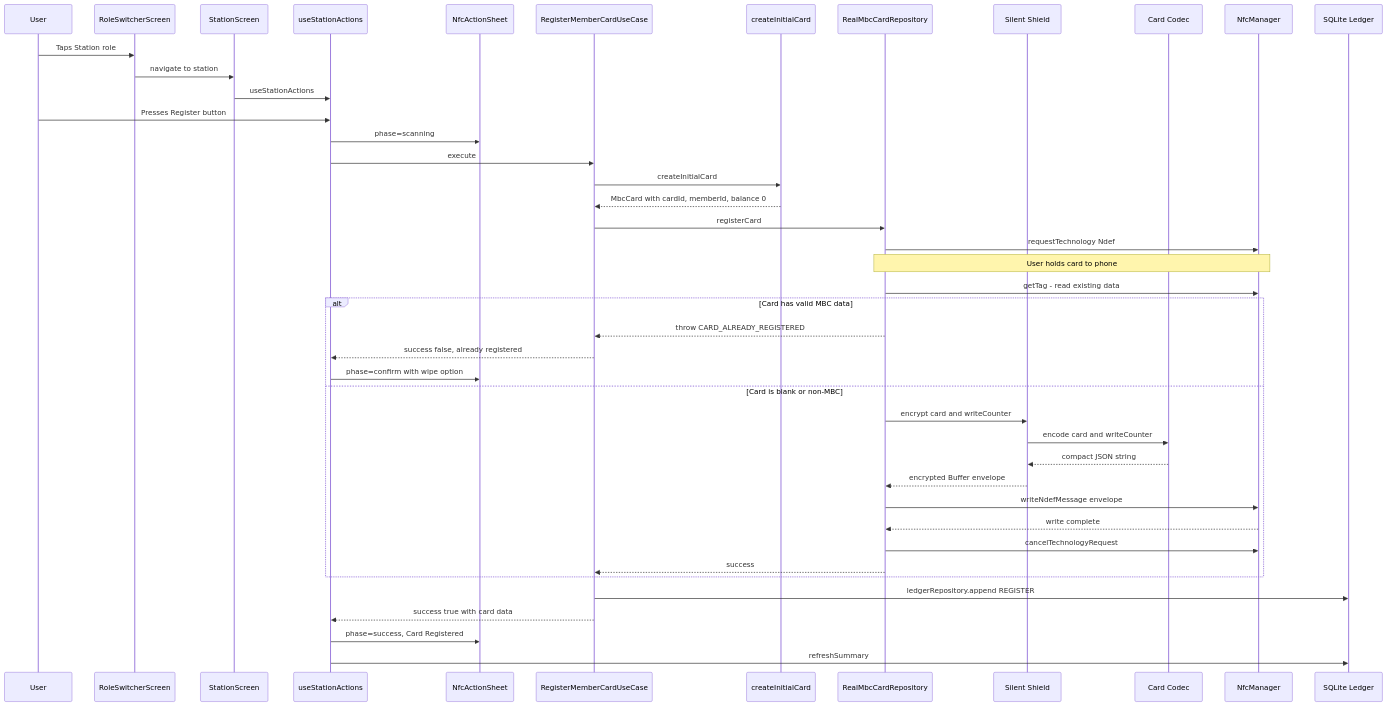
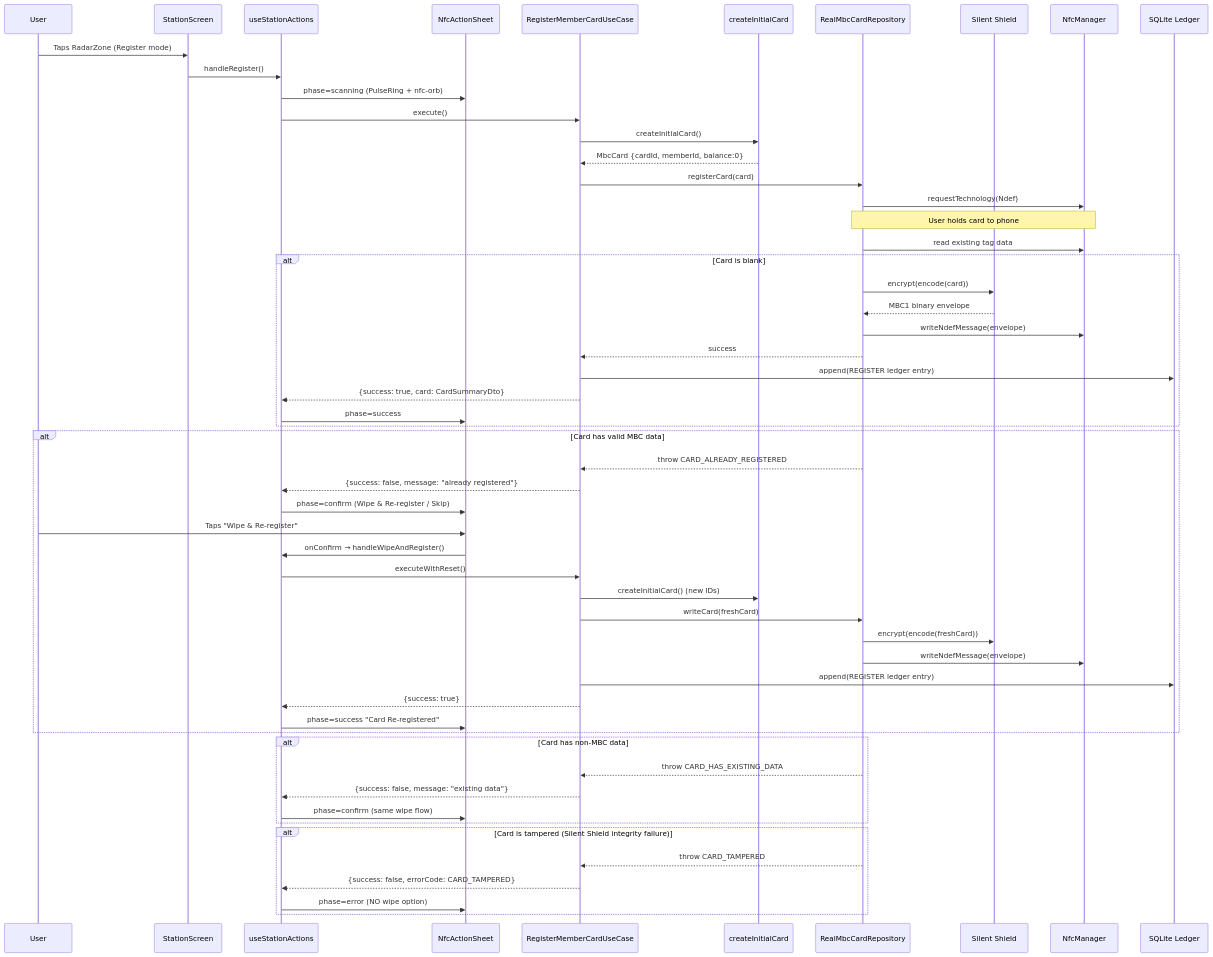
One commit to Schitzos/mbc-nfc changed the diagram in docs/explainer/STATION_REGISTER_FLOW.md. Above: the diagram before and after it, drawn with Mermaid. The commit also changed other lines of this file and 12 other files, not shown here.

````diff
--- a/docs/explainer/STATION_REGISTER_FLOW.md
+++ b/docs/explainer/STATION_REGISTER_FLOW.md
@@ -22,46 +37,62 @@
 ```mermaid
 sequenceDiagram
     participant User
-    participant UI as RoleSwitcherScreen
-    participant Station as StationScreen
+    participant UI as StationScreen
     participant Hook as useStationActions
     participant Sheet as NfcActionSheet
     participant UC as RegisterMemberCardUseCase
     participant Factory as createInitialCard
     participant Repo as RealMbcCardRepository
     participant Shield as Silent Shield
-    participant Codec as Card Codec
     participant NFC as NfcManager
     participant DB as SQLite Ledger
 
-    User->>UI: Taps Station role
-    UI->>Station: navigate to station
-    Station->>Hook: useStationActions
-    User->>Hook: Presses Register button
-    Hook->>Sheet: phase=scanning
-    Hook->>UC: execute
-    UC->>Factory: createInitialCard
-    Factory-->>UC: MbcCard with cardId, memberId, balance 0
-    UC->>Repo: registerCard
-    Repo->>NFC: requestTechnology Ndef
+    User->>UI: Taps RadarZone (Register mode)
+    UI->>Hook: handleRegister()
+    Hook->>Sheet: phase=scanning (PulseRing + nfc-orb)
+    Hook->>UC: execute()
+    UC->>Factory: createInitialCard()
+    Factory-->>UC: MbcCard {cardId, memberId, balance:0}
+    UC->>Repo: registerCard(card)
+    Repo->>NFC: requestTechnology(Ndef)
     Note over Repo,NFC: User holds card to phone
-    Repo->>NFC: getTag - read existing data
+    Repo->>NFC: read existing tag data
+
+    alt Card is blank
+        Repo->>Shield: encrypt(encode(card))
+        Shield-->>Repo: MBC1 binary envelope
+        Repo->>NFC: writeNdefMessage(envelope)
+        Repo-->>UC: success
+        UC->>DB: append(REGISTER ledger entry)
+        UC-->>Hook: {success: true, card: CardSummaryDto}
+        Hook->>Sheet: phase=success
+    end
+
     alt Card has valid MBC data
         Repo-->>UC: throw CARD_ALREADY_REGISTERED
-        UC-->>Hook: success false, already registered
-        Hook->>Sheet: phase=confirm with wipe option
-    else Card is blank or non-MBC
-        Repo->>Shield: encrypt card and writeCounter
-        Shield->>Codec: encode card and writeCounter
-        Codec-->>Shield: compact JSON string
-        Shield-->>Repo: encrypted Buffer envelope
-        Repo->>NFC: writeNdefMessage envelope
-        NFC-->>Repo: write complete
-        Repo->>NFC: cancelTechnologyRequest
-        Repo-->>UC: success
+        UC-->>Hook: {success: false, message: "already registered"}
+        Hook->>Sheet: phase=confirm (Wipe & Re-register / Skip)
+        User->>Sheet: Taps "Wipe & Re-register"
+        Sheet->>Hook: onConfirm → handleWipeAndRegister()
+        Hook->>UC: executeWithReset()
+        UC->>Factory: createInitialCard() (new IDs)
+        UC->>Repo: writeCard(freshCard)
+        Repo->>Shield: encrypt(encode(freshCard))
+        Repo->>NFC: writeNdefMessage(envelope)
+        UC->>DB: append(REGISTER ledger entry)
+        UC-->>Hook: {success: true}
+        Hook->>Sheet: phase=success "Card Re-registered"
     end
-    UC->>DB: ledgerRepository.append REGISTER
-    UC-->>Hook: success true with card data
-    Hook->>Sheet: phase=success, Card Registered
-    Hook->>DB: refreshSummary
+
+    alt Card has non-MBC data
+        Repo-->>UC: throw CARD_HAS_EXISTING_DATA
+        UC-->>Hook: {success: false, message: "existing data"}
+        Hook->>Sheet: phase=confirm (same wipe flow)
+    end
+
+    alt Card is tampered (Silent Shield integrity failure)
+        Repo-->>UC: throw CARD_TAMPERED
+        UC-->>Hook: {success: false, errorCode: CARD_TAMPERED}
+        Hook->>Sheet: phase=error (NO wipe option)
+    end
 ```
````
